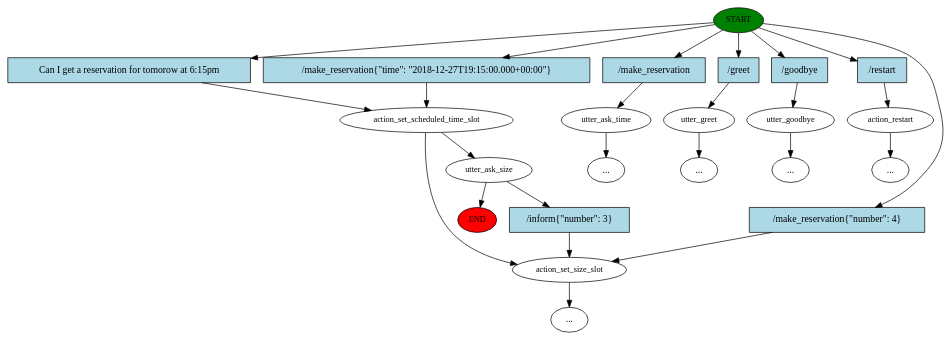
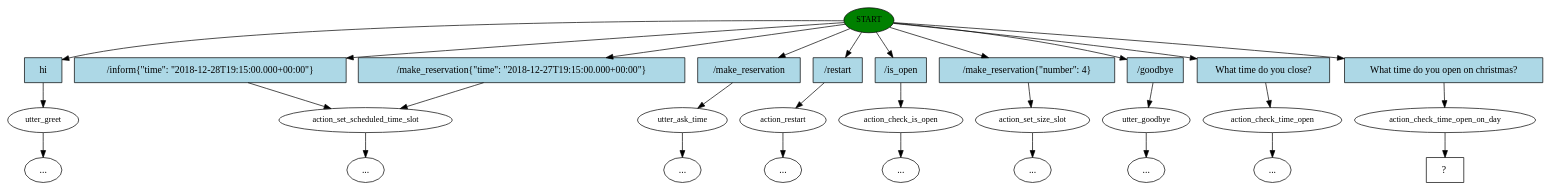
The diagram in Textual/story_graph.dot (DylanRedfield/ocaptain), drawn with Graphviz before and after one commit. The commit also changed 12 other files, not shown here.

```diff
--- a/Textual/story_graph.dot
+++ b/Textual/story_graph.dot
@@ -1,48 +1,60 @@
 digraph  {
 0 [label=START, fillcolor=green, style=filled, fontsize=12, class="start active"];
-"-1" [label=END, fillcolor=red, style=filled, fontsize=12, class=end];
-1 [label=action_set_scheduled_time_slot, fontsize=12, class=active];
-2 [label=action_set_size_slot, fontsize=12, class=""];
-4 [label=utter_ask_size, fontsize=12, class="active dashed"];
+1 [label=utter_greet, fontsize=12, class=""];
+2 [label=action_set_scheduled_time_slot, fontsize=12, class=""];
 5 [label=utter_ask_time, fontsize=12, class=""];
-6 [label=utter_greet, fontsize=12, class=""];
-9 [label=utter_goodbye, fontsize=12, class=""];
-"-7" [label="...", class=ellipsis];
+6 [label=action_restart, fontsize=12, class=""];
+"-8" [label="...", class=ellipsis];
+7 [label=action_check_is_open, fontsize=12, class=""];
 "-9" [label="...", class=ellipsis];
-13 [label=action_restart, fontsize=12, class=""];
-"-10" [label="...", class=ellipsis];
-"-13" [label="...", class=ellipsis];
+"-14" [label="...", class=ellipsis];
+13 [label=action_set_size_slot, fontsize=12, class=""];
 "-15" [label="...", class=ellipsis];
-26 [label="Can I get a reservation for tomorow at 6:15pm", shape=rect, style=filled, fillcolor=lightblue, class="intent active"];
-27 [label="/make_reservation{\"time\": \"2018-12-27T19:15:00.000+00:00\"}", shape=rect, style=filled, fillcolor=lightblue, class=intent];
-28 [label="/make_reservation", shape=rect, style=filled, fillcolor=lightblue, class=intent];
-29 [label="/greet", shape=rect, style=filled, fillcolor=lightblue, class=intent];
-30 [label="/goodbye", shape=rect, style=filled, fillcolor=lightblue, class=intent];
-31 [label="/restart", shape=rect, style=filled, fillcolor=lightblue, class=intent];
-32 [label="/make_reservation{\"number\": 4}", shape=rect, style=filled, fillcolor=lightblue, class=intent];
-33 [label="/inform{\"number\": 3}", shape=rect, style=filled, fillcolor=lightblue, class=intent];
-0 -> 26  [key=0, class=active];
+"-16" [label="...", class=ellipsis];
+15 [label=utter_goodbye, fontsize=12, class=""];
+"-17" [label="...", class=ellipsis];
+"-18" [label="...", class=ellipsis];
+17 [label=action_check_time_open, fontsize=12, class=""];
+"-19" [label="...", class=ellipsis];
+18 [label=action_check_time_open_on_day, fontsize=12, class=active];
+19 [label="  ?  ", shape=rect, class="intent dashed active"];
+20 [label=hi, shape=rect, style=filled, fillcolor=lightblue, class=intent];
+21 [label="/inform{\"time\": \"2018-12-28T19:15:00.000+00:00\"}", shape=rect, style=filled, fillcolor=lightblue, class=intent];
+22 [label="/make_reservation{\"time\": \"2018-12-27T19:15:00.000+00:00\"}", shape=rect, style=filled, fillcolor=lightblue, class=intent];
+23 [label="/make_reservation", shape=rect, style=filled, fillcolor=lightblue, class=intent];
+24 [label="/restart", shape=rect, style=filled, fillcolor=lightblue, class=intent];
+25 [label="/is_open", shape=rect, style=filled, fillcolor=lightblue, class=intent];
+26 [label="/make_reservation{\"number\": 4}", shape=rect, style=filled, fillcolor=lightblue, class=intent];
+27 [label="/goodbye", shape=rect, style=filled, fillcolor=lightblue, class=intent];
+28 [label="What time do you close?", shape=rect, style=filled, fillcolor=lightblue, class=intent];
+29 [label="What time do you open on christmas?", shape=rect, style=filled, fillcolor=lightblue, class="intent active"];
+0 -> 20  [key=0, class=""];
+0 -> 21  [key=0, class=""];
+0 -> 22  [key=0, class=""];
+0 -> 23  [key=0, class=""];
+0 -> 24  [key=0, class=""];
+0 -> 25  [key=0, class=""];
+0 -> 26  [key=0, class=""];
 0 -> 27  [key=0, class=""];
 0 -> 28  [key=0, class=""];
-0 -> 29  [key=0, class=""];
-0 -> 30  [key=0, class=""];
-0 -> 31  [key=0, class=""];
-0 -> 32  [key=0, class=""];
-1 -> 2  [key=NONE, label="", class=""];
-1 -> 4  [key=NONE, label="", class=active];
-2 -> "-15"  [key=NONE, label="", class=""];
-4 -> "-1"  [key=NONE, label="", class=""];
-4 -> 33  [key=0, class=""];
-5 -> "-13"  [key=NONE, label="", class=""];
-6 -> "-9"  [key=NONE, label="", class=""];
-9 -> "-7"  [key=NONE, label="", class=""];
-13 -> "-10"  [key=NONE, label="", class=""];
-26 -> 1  [key=0, class=active];
-27 -> 1  [key=0, class=""];
-28 -> 5  [key=0, class=""];
-29 -> 6  [key=0, class=""];
-30 -> 9  [key=0, class=""];
-31 -> 13  [key=0, class=""];
-32 -> 2  [key=0, class=""];
-33 -> 2  [key=0, class=""];
+0 -> 29  [key=0, class=active];
+1 -> "-18"  [key=NONE, label="", class=""];
+2 -> "-16"  [key=NONE, label="", class=""];
+5 -> "-14"  [key=NONE, label="", class=""];
+6 -> "-8"  [key=NONE, label="", class=""];
+7 -> "-9"  [key=NONE, label="", class=""];
+13 -> "-15"  [key=NONE, label="", class=""];
+15 -> "-17"  [key=NONE, label="", class=""];
+17 -> "-19"  [key=NONE, label="", class=""];
+18 -> 19  [key=NONE, label="", class=active];
+20 -> 1  [key=0, class=""];
+21 -> 2  [key=0, class=""];
+22 -> 2  [key=0, class=""];
+23 -> 5  [key=0, class=""];
+24 -> 6  [key=0, class=""];
+25 -> 7  [key=0, class=""];
+26 -> 13  [key=0, class=""];
+27 -> 15  [key=0, class=""];
+28 -> 17  [key=0, class=""];
+29 -> 18  [key=0, class=active];
 }
```
